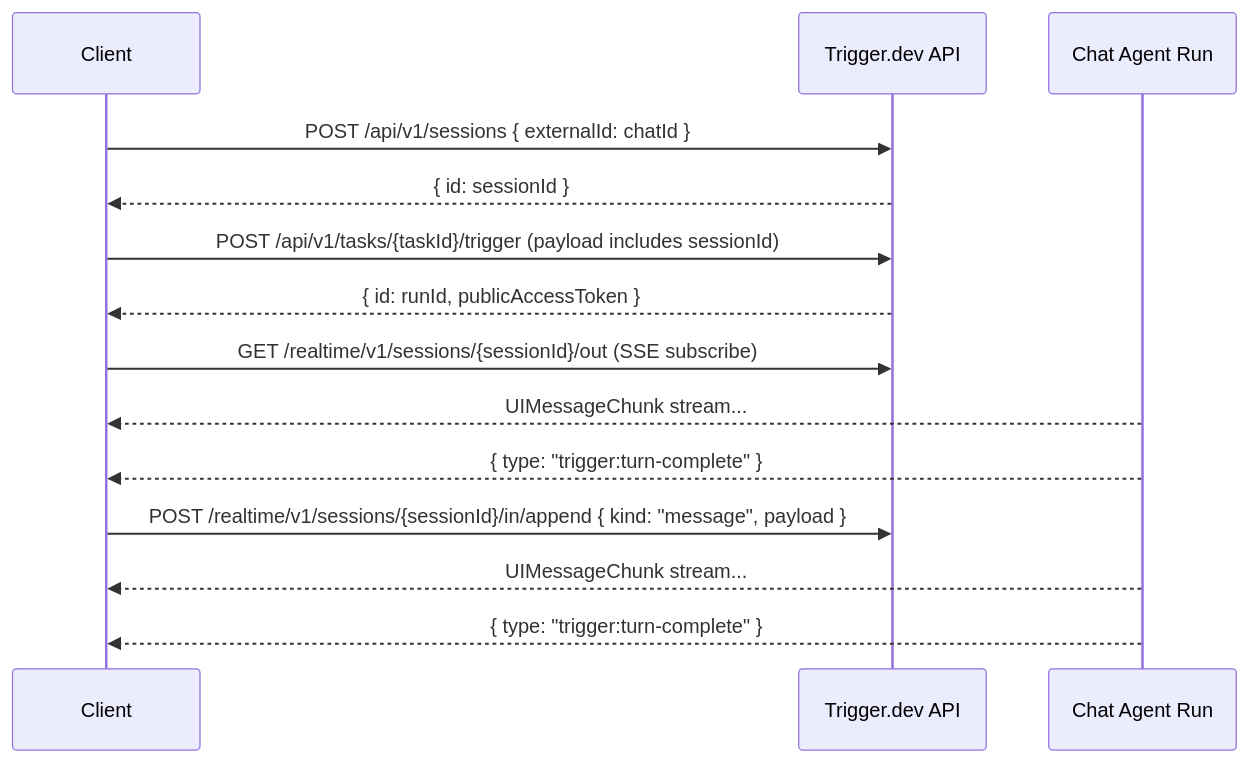
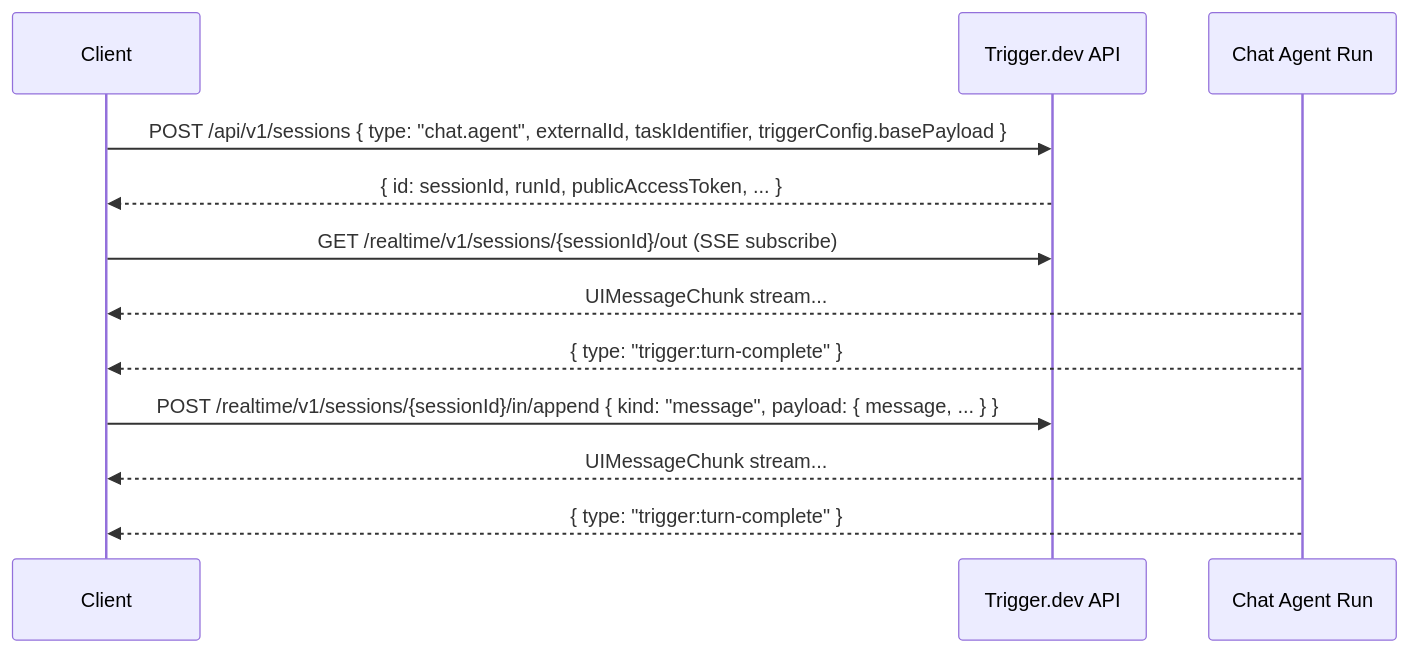
The diagram in docs/ai-chat/client-protocol.mdx (triggerdotdev/trigger.dev), drawn with Mermaid before and after one commit. The commit also changed other lines of this file and 6 other files, not shown here.

````diff
--- a/docs/ai-chat/client-protocol.mdx
+++ b/docs/ai-chat/client-protocol.mdx
@@ -24,17 +23,15 @@
 ```mermaid
 sequenceDiagram
   participant Client
   participant API as Trigger.dev API
   participant Agent as Chat Agent Run
 
-  Client->>API: POST /api/v1/sessions { externalId: chatId }
-  API-->>Client: { id: sessionId }
-  Client->>API: POST /api/v1/tasks/{taskId}/trigger (payload includes sessionId)
-  API-->>Client: { id: runId, publicAccessToken }
+  Client->>API: POST /api/v1/sessions { type: "chat.agent", externalId, taskIdentifier, triggerConfig.basePayload }
+  API-->>Client: { id: sessionId, runId, publicAccessToken, ... }
   Client->>API: GET /realtime/v1/sessions/{sessionId}/out (SSE subscribe)
   Agent-->>Client: UIMessageChunk stream...
   Agent-->>Client: { type: "trigger:turn-complete" }
-  Client->>API: POST /realtime/v1/sessions/{sessionId}/in/append { kind: "message", payload }
+  Client->>API: POST /realtime/v1/sessions/{sessionId}/in/append { kind: "message", payload: { message, ... } }
   Agent-->>Client: UIMessageChunk stream...
   Agent-->>Client: { type: "trigger:turn-complete" }
 ```
````
